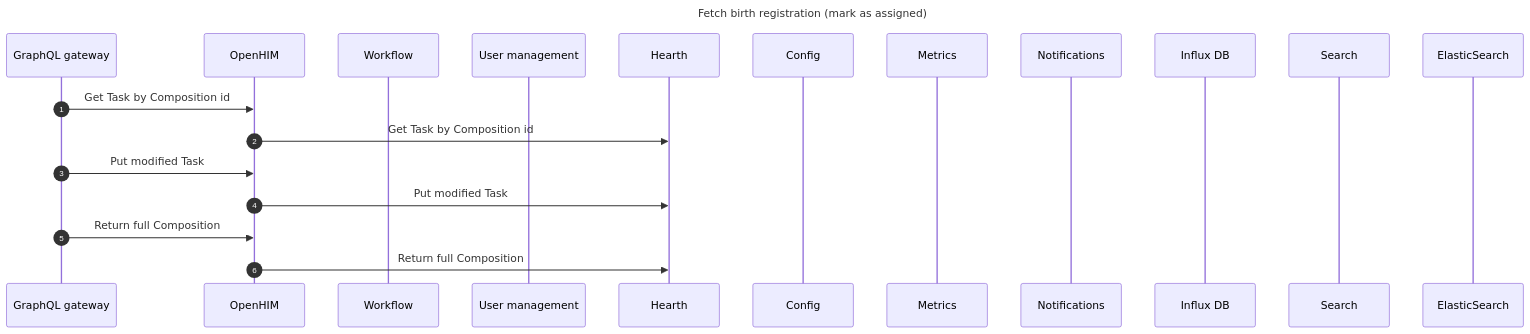
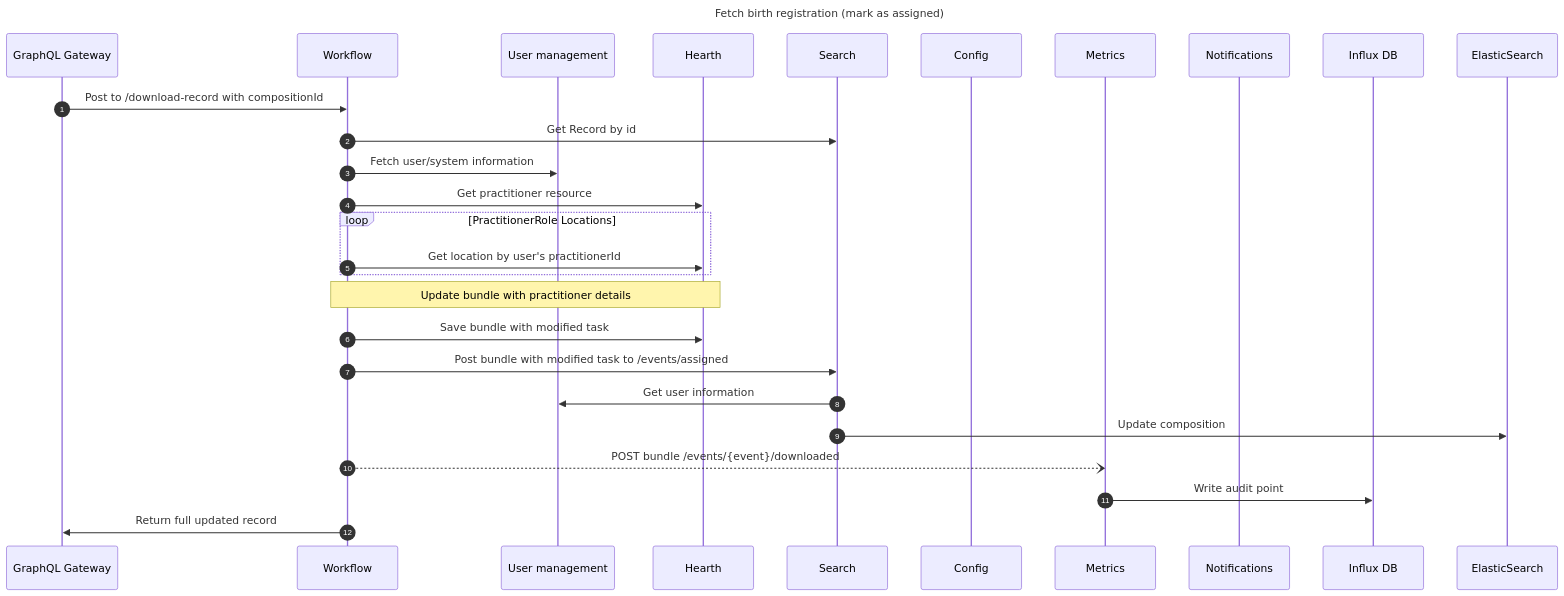
Before and after one commit to opencrvs/opencrvs-core: the diagram in sequence-diagrams/backend/mark-birth-as-assigned.md, drawn with Mermaid. The commit also changed 17 other files, not shown here.

First line of the commit message:
docs: update sequence diagrams (#6603)

````diff
--- a/sequence-diagrams/backend/mark-birth-as-assigned.md
+++ b/sequence-diagrams/backend/mark-birth-as-assigned.md
@@ -3,30 +3,42 @@
 ```mermaid
 ---
 title: Fetch birth registration (mark as assigned)
 ---
 
 sequenceDiagram
     autonumber
-    participant GraphQL gateway
-    participant OpenHIM
+    participant GraphQL Gateway
     participant Workflow
     participant User management
     participant Hearth
+    participant Search
     participant Config
     participant Metrics
     participant Notifications
     participant Influx DB
-    participant Search
     participant ElasticSearch
 
     % markRecordAsDownloadedOrAssigned
       % getTaskEntry
-    GraphQL gateway->>OpenHIM: Get Task by Composition id
-    OpenHIM->>Hearth: Get Task by Composition id
+    GraphQL Gateway->>Workflow: Post to /download-record with compositionId
+    Workflow->>Search: Get Record by id
 
-    GraphQL gateway->>OpenHIM: Put modified Task
-    OpenHIM->>Hearth: Put modified Task
+    Workflow->>User management: Fetch user/system information
+    Workflow->>Hearth: Get practitioner resource
 
-    GraphQL gateway->>OpenHIM: Return full Composition
-    OpenHIM->>Hearth: Return full Composition
+    loop PractitionerRole Locations
+      Workflow->>Hearth: Get location by user's practitionerId
+    end
+    Note over Workflow,Hearth: Update bundle with practitioner details
+
+    Workflow->>Hearth: Save bundle with modified task
+    Workflow->>Search: Post bundle with modified task to /events/assigned
+
+    Search->>User management: Get user information
+    Search->>ElasticSearch: Update composition
+
+    Workflow--)Metrics: POST bundle /events/{event}/downloaded
+    Metrics->>Influx DB: Write audit point
+
+    Workflow->>GraphQL Gateway: Return full updated record
 ```
````
